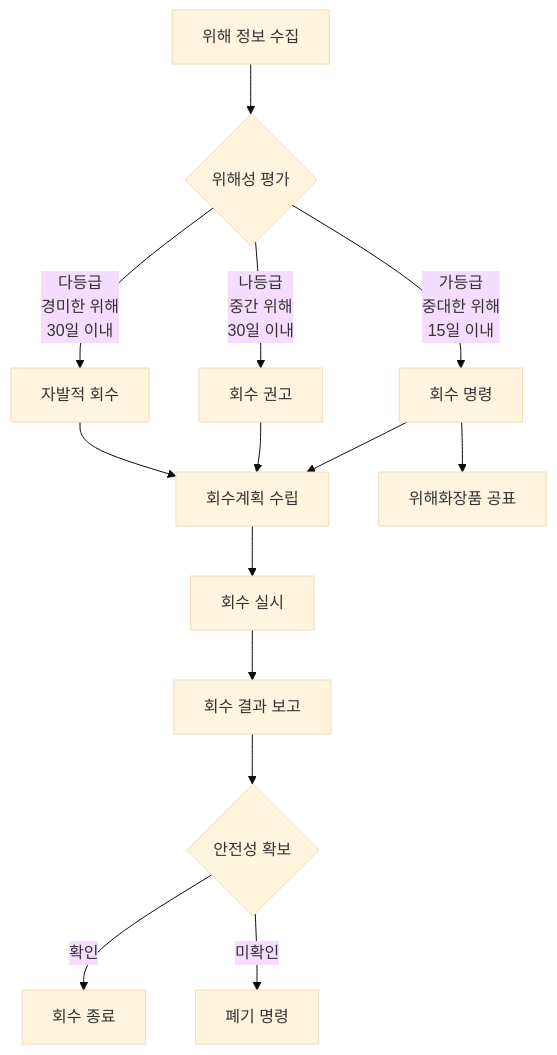
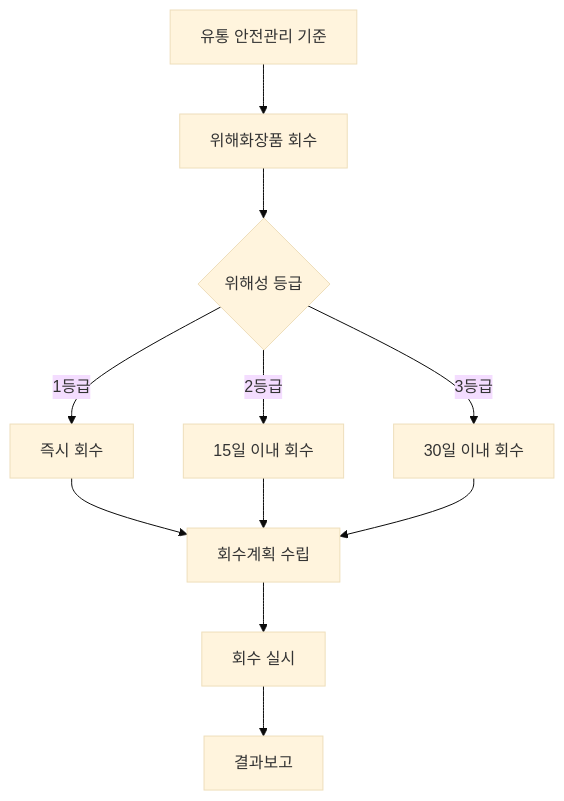
One commit to skygoldlee-cyber/Personalized_Skincare changed the second of 13 diagrams in content/교재/safety/3과목_유통화장품안전관리_이야기형.md. Above: the diagram before and after it, drawn with Mermaid (base theme). The commit also changed other lines of this file and 14 other files, not shown here.

````diff
--- a/content/교재/safety/3과목_유통화장품안전관리_이야기형.md
+++ b/content/교재/safety/3과목_유통화장품안전관리_이야기형.md
@@ -455,16 +284,13 @@
 ```mermaid
 flowchart TD
- A["위해 정보 수집"] --> B{"위해성 평가"}
- B -->|"가등급<br/>중대한 위해<br/>15일 이내"| C["회수 명령"]
- B -->|"나등급<br/>중간 위해<br/>30일 이내"| D["회수 권고"]
- B -->|"다등급<br/>경미한 위해<br/>30일 이내"| E["자발적 회수"]
- C --> F["회수계획 수립"]
- D --> F
- E --> F
- F --> G["회수 실시"]
- G --> H["회수 결과 보고"]
- H --> I{"안전성 확보"}
- I -->|"확인"| J["회수 종료"]
- I -->|"미확인"| K["폐기 명령"]
- C --> L["위해화장품 공표"]
+    A[유통 안전관리 기준] --> B[위해화장품 회수]
+    B --> C{위해성 등급}
+    C -->|1등급| D[즉시 회수]
+    C -->|2등급| E[15일 이내 회수]
+    C -->|3등급| F[30일 이내 회수]
+    D --> G[회수계획 수립]
+    E --> G
+    F --> G
+    G --> H[회수 실시]
+    H --> I[결과보고]
 ```
````
